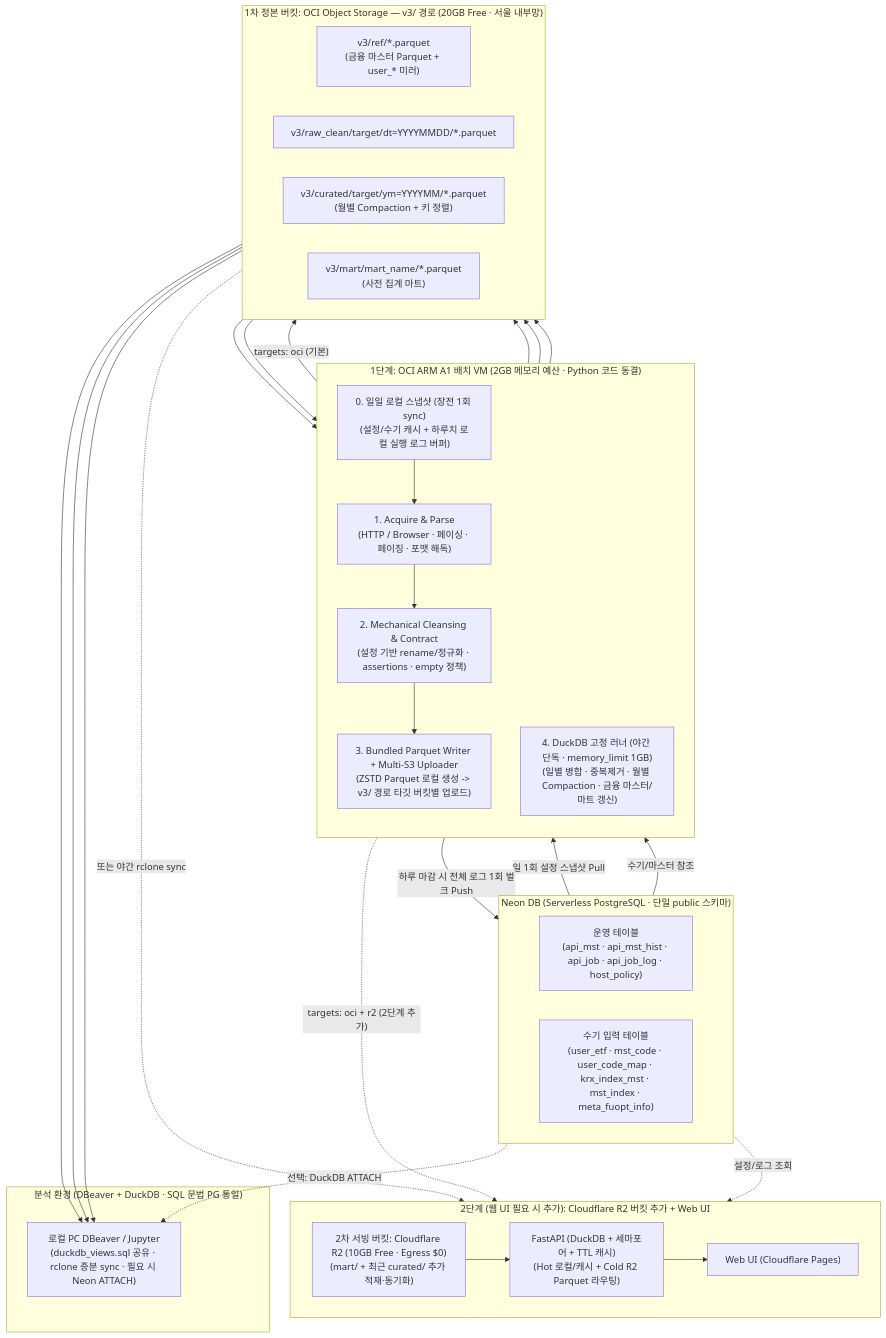
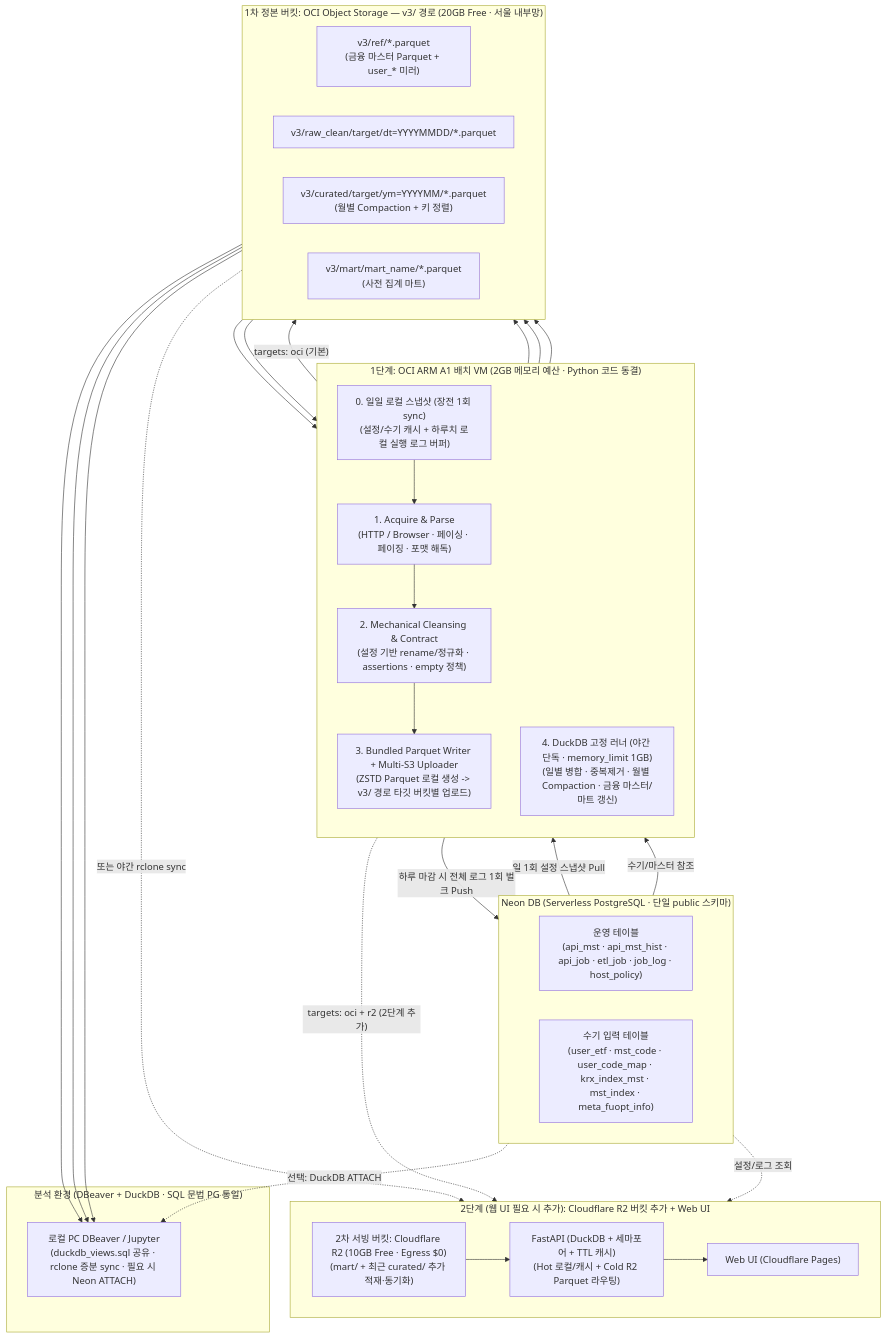
Before and after one commit to gofcon/pyscrap: the diagram in docs/ARCHITECTURE-V3.md, drawn with Mermaid. The commit also changed other lines of this file and 11 other files, not shown here.

Commit message:
refactor(v3): split api_job and etl_job and unify execution ledger as job_log

````diff
--- a/docs/ARCHITECTURE-V3.md
+++ b/docs/ARCHITECTURE-V3.md
@@ -19,55 +19,55 @@
 ```mermaid
 flowchart TD
     subgraph NEON["Neon DB (Serverless PostgreSQL · 단일 public 스키마)"]
         direction LR
-        OPS["운영 테이블\n(api_mst · api_mst_hist · api_job · api_job_log · host_policy)"]
+        OPS["운영 테이블\n(api_mst · api_mst_hist · api_job · etl_job · job_log · host_policy)"]
         REF["수기 입력 테이블\n(user_etf · mst_code · user_code_map · krx_index_mst · mst_index · meta_fuopt_info)"]
     end
 
     subgraph VM["1단계: OCI ARM A1 배치 VM (2GB 메모리 예산 · Python 코드 동결)"]
         direction TB
         CACHE["0. 일일 로컬 스냅샷 (장전 1회 sync)\n(설정/수기 캐시 + 하루치 로컬 실행 로그 버퍼)"]
         ACQ["1. Acquire & Parse\n(HTTP / Browser · 페이싱 · 페이징 · 포맷 해독)"]
         CLN["2. Mechanical Cleansing & Contract\n(설정 기반 rename/정규화 · assertions · empty 정책)"]
         WRT["3. Bundled Parquet Writer + Multi-S3 Uploader\n(ZSTD Parquet 로컬 생성 -> v3/ 경로 타깃 버킷별 업로드)"]
         DKB["4. DuckDB 고정 러너 (야간 단독 · memory_limit 1GB)\n(일별 병합 · 중복제거 · 월별 Compaction · 금융 마스터/마트 갱신)"]
         CACHE --> ACQ --> CLN --> WRT
     end
 
     subgraph OCI_B["1차 정본 버킷: OCI Object Storage — v3/ 경로 (20GB Free · 서울 내부망)"]
         direction LR
         REF_P["v3/ref/*.parquet\n(금융 마스터 Parquet + user_* 미러)"]
         RAW_P["v3/raw_clean/target/dt=YYYYMMDD/*.parquet"]
         CUR_P["v3/curated/target/ym=YYYYMM/*.parquet\n(월별 Compaction + 키 정렬)"]
         MRT_P["v3/mart/mart_name/*.parquet\n(사전 집계 마트)"]
     end
 
     subgraph ANAL["분석 환경 (DBeaver + DuckDB · SQL 문법 PG 통일)"]
         LOCAL["로컬 PC DBeaver / Jupyter\n(duckdb_views.sql 공유 · rclone 증분 sync · 필요 시 Neon ATTACH)"]
     end
 
     subgraph UI_STAGE["2단계 (웹 UI 필요 시 추가): Cloudflare R2 버킷 추가 + Web UI"]
         direction LR
         R2["2차 서빙 버킷: Cloudflare R2 (10GB Free · Egress $0)\n(mart/ + 최근 curated/ 추가 적재·동기화)"]
         API["FastAPI (DuckDB + 세마포어 + TTL 캐시)\n(Hot 로컬/캐시 + Cold R2 Parquet 라우팅)"]
         WEB["Web UI (Cloudflare Pages)"]
         R2 --> API --> WEB
     end
 
     OPS -->|"일 1회 설정 스냅샷 Pull"| CACHE
     CACHE -->|"하루 마감 시 전체 로그 1회 벌크 Push"| OPS
     REF -->|"수기/마스터 참조"| CACHE
     WRT -->|"targets: oci (기본)"| RAW_P
     RAW_P --> DKB
     REF_P --> DKB
     DKB --> REF_P
     DKB --> CUR_P
     DKB --> MRT_P
     CUR_P --> LOCAL
     MRT_P --> LOCAL
     REF_P --> LOCAL
     REF -.->|"선택: DuckDB ATTACH"| LOCAL
     DKB -.->|"targets: oci + r2 (2단계 추가)"| R2
     MRT_P -.->|"또는 야간 rclone sync"| R2
     OPS -.->|"설정/로그 조회"| API
 ```
````
